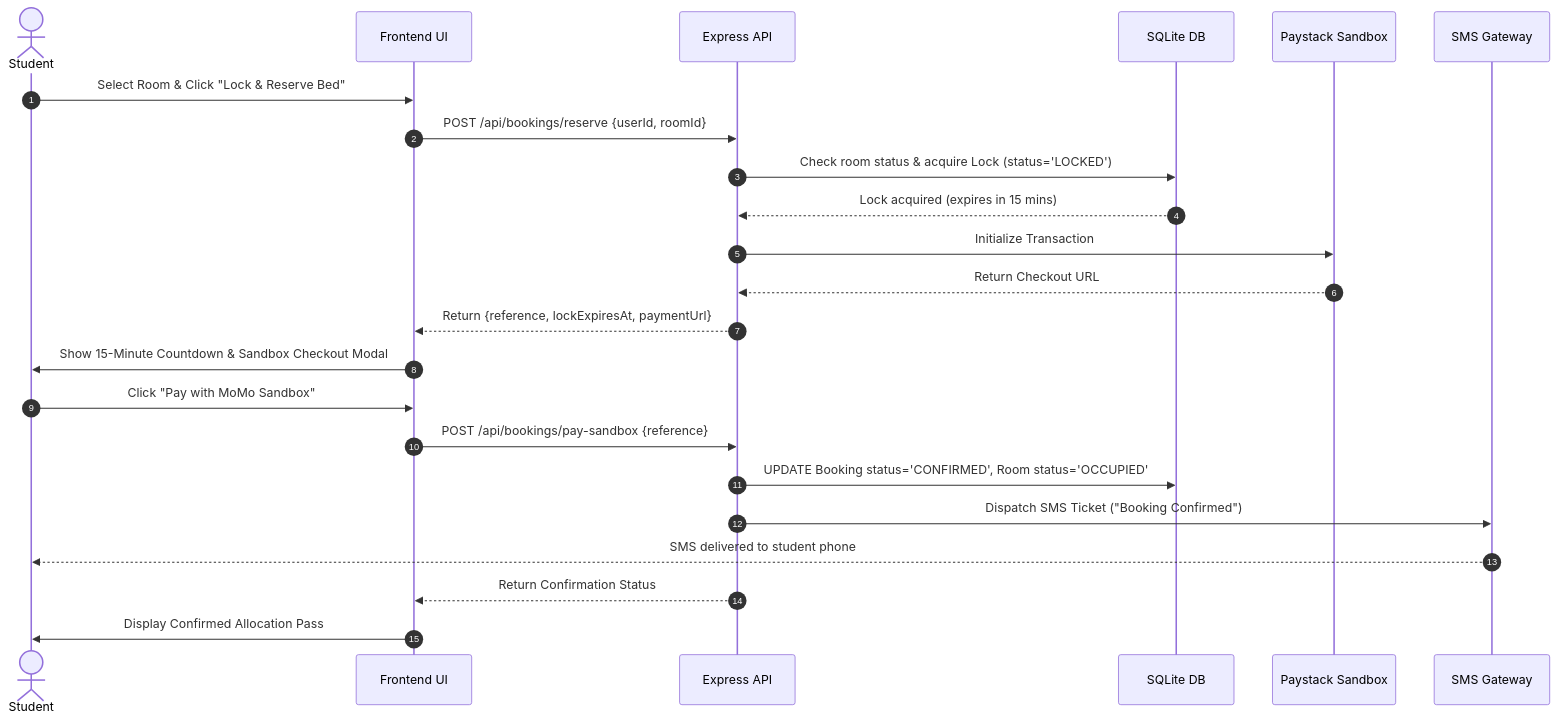
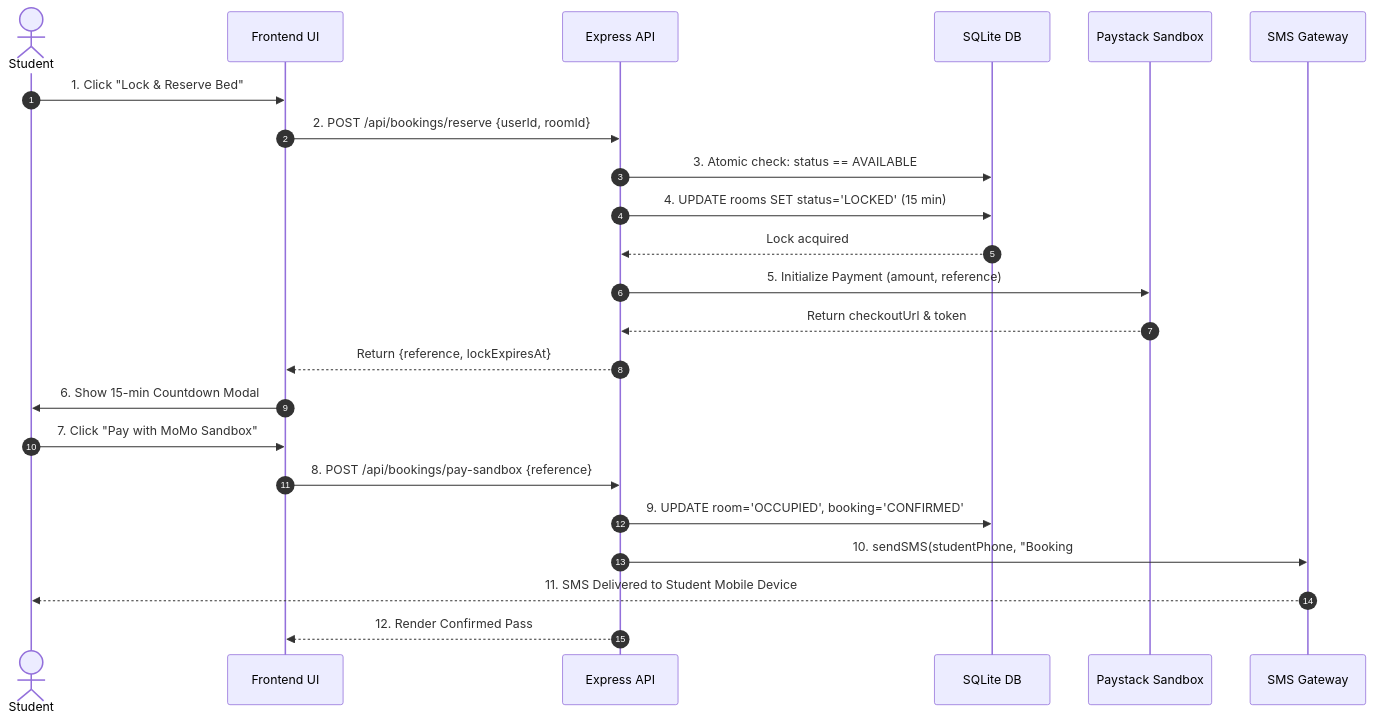
The third of 3 diagrams in docs/UML_DIAGRAMS.md (RichardAmoakoKorang11a/HostelEase), drawn with Mermaid before and after one commit. The commit also changed other lines of this file and 10 other files, not shown here.

Commit message:
Sandra Otu & Ibrahim Mohammed: Add complete suite of 7 visual UML and architectural SVG drawings and interactive diagrams viewer (Unit 4 & 5)

````diff
--- a/docs/UML_DIAGRAMS.md
+++ b/docs/UML_DIAGRAMS.md
@@ -105,26 +128,26 @@
 ```mermaid
 sequenceDiagram
     autonumber
     actor Student
     participant WebClient as Frontend UI
     participant Server as Express API
     participant DB as SQLite DB
     participant Paystack as Paystack Sandbox
     participant SMS as SMS Gateway
 
-    Student->>WebClient: Select Room & Click "Lock & Reserve Bed"
-    WebClient->>Server: POST /api/bookings/reserve {userId, roomId}
-    Server->>DB: Check room status & acquire Lock (status='LOCKED')
-    DB-->>Server: Lock acquired (expires in 15 mins)
-    Server->>Paystack: Initialize Transaction
-    Paystack-->>Server: Return Checkout URL
-    Server-->>WebClient: Return {reference, lockExpiresAt, paymentUrl}
-    WebClient->>Student: Show 15-Minute Countdown & Sandbox Checkout Modal
-    Student->>WebClient: Click "Pay with MoMo Sandbox"
-    WebClient->>Server: POST /api/bookings/pay-sandbox {reference}
-    Server->>DB: UPDATE Booking status='CONFIRMED', Room status='OCCUPIED'
-    Server->>SMS: Dispatch SMS Ticket ("Booking Confirmed")
-    SMS-->>Student: SMS delivered to student phone
-    Server-->>WebClient: Return Confirmation Status
-    WebClient->>Student: Display Confirmed Allocation Pass
+    Student->>WebClient: 1. Click "Lock & Reserve Bed"
+    WebClient->>Server: 2. POST /api/bookings/reserve {userId, roomId}
+    Server->>DB: 3. Atomic check: status == AVAILABLE
+    Server->>DB: 4. UPDATE rooms SET status='LOCKED' (15 min)
+    DB-->>Server: Lock acquired
+    Server->>Paystack: 5. Initialize Payment (amount, reference)
+    Paystack-->>Server: Return checkoutUrl & token
+    Server-->>WebClient: Return {reference, lockExpiresAt}
+    WebClient->>Student: 6. Show 15-min Countdown Modal
+    Student->>WebClient: 7. Click "Pay with MoMo Sandbox"
+    WebClient->>Server: 8. POST /api/bookings/pay-sandbox {reference}
+    Server->>DB: 9. UPDATE room='OCCUPIED', booking='CONFIRMED'
+    Server->>SMS: 10. sendSMS(studentPhone, "Booking #REF Confirmed")
+    SMS-->>Student: 11. SMS Delivered to Student Mobile Device
+    Server-->>WebClient: 12. Render Confirmed Pass
 ```
````
